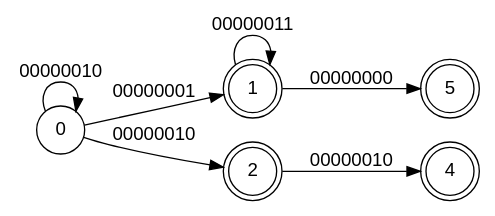
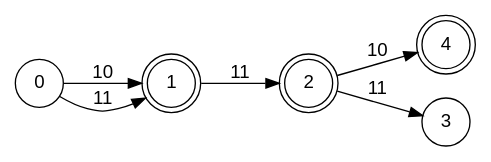
One commit to Lolikion228/NFA changed the diagram in fsm.gv. Above: the diagram before and after it, drawn with Graphviz. The commit also changed 20 other files, not shown here.

```diff
--- a/fsm.gv
+++ b/fsm.gv
@@ -1,14 +1,13 @@
  digraph finite_state_machine {
 	fontname="Helvetica,Arial,sans-serif"
 	node [fontname="Helvetica,Arial,sans-serif"]
 	edge [fontname="Helvetica,Arial,sans-serif"]
 	rankdir=LR;
-	node [shape = doublecircle]; 1 2 4 5;
+	node [shape = doublecircle ]; 1 2 4;
 	node [shape = circle];
-	0 -> 1 [label =" 00000001 "]; 
-	0 -> 0 [label =" 00000010 "]; 
-	0 -> 2 [label =" 00000010 "]; 
-	1 -> 1 [label =" 00000011 "]; 
-	1 -> 5 [label =" 00000000 "]; 
-	2 -> 4 [label =" 00000010 "]; 
+	0 -> 1 [label =" 10 "]; 
+	0 -> 1 [label =" 11 "]; 
+	1 -> 2 [label =" 11 "]; 
+	2 -> 3 [label =" 11 "]; 
+	2 -> 4 [label =" 10 "]; 
 }   
```
